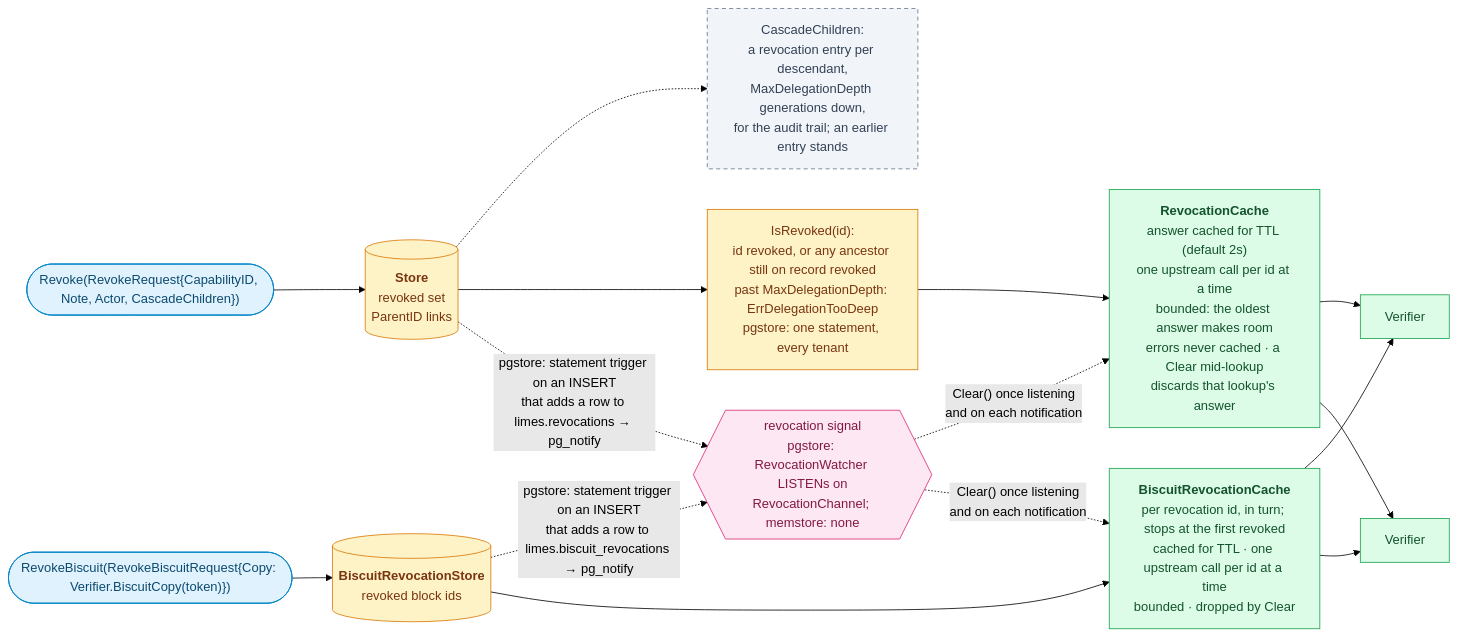
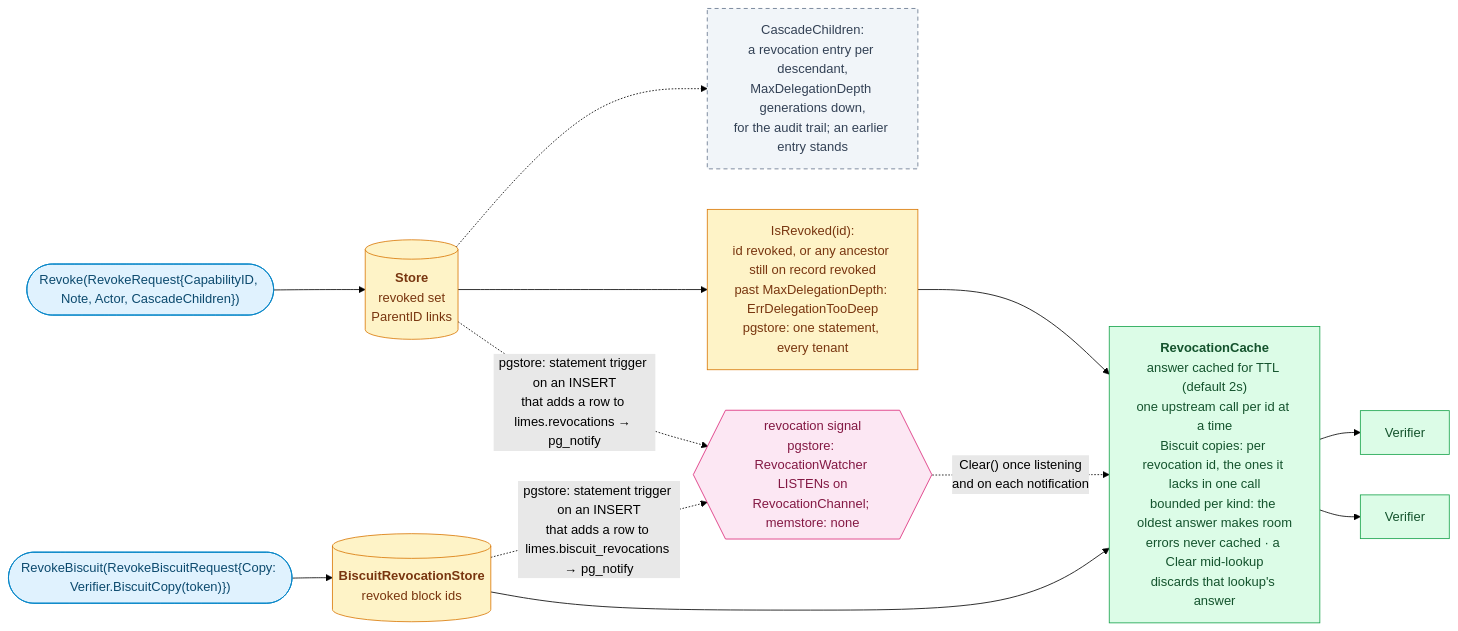
One commit to oleg-tkachuk/limes changed diagram 11 of 13 in docs/diagrams.md. Above: the diagram before and after it, drawn with Mermaid (forest theme). The commit also changed other lines of this file and 3 other files, not shown here.

Commit message:
docs: one revocation cache for capabilities and Biscuit copies

````diff
--- a/docs/diagrams.md
+++ b/docs/diagrams.md
@@ -867,38 +866,34 @@
 ```mermaid
 flowchart LR
     op(["Revoke(RevokeRequest{CapabilityID, Note, Actor, CascadeChildren})"])
     store[("<b>Store</b><br/>revoked set<br/>ParentID links")]
     cascade["CascadeChildren:<br/>a revocation entry per descendant,<br/>MaxDelegationDepth generations down,<br/>for the audit trail; an earlier entry stands"]
     chain["IsRevoked(id):<br/>id revoked, or any ancestor still on record revoked<br/>past MaxDelegationDepth: ErrDelegationTooDeep<br/>pgstore: one statement, every tenant"]
-    cache["<b>RevocationCache</b><br/>answer cached for TTL (default 2s)<br/>one upstream call per id at a time<br/>bounded: the oldest answer makes room<br/>errors never cached · a Clear mid-lookup<br/>discards that lookup's answer"]
+    cache["<b>RevocationCache</b><br/>answer cached for TTL (default 2s)<br/>one upstream call per id at a time<br/>Biscuit copies: per revocation id, the ones it lacks in one call<br/>bounded per kind: the oldest answer makes room<br/>errors never cached · a Clear mid-lookup<br/>discards that lookup's answer"]
     notify{{"revocation signal<br/>pgstore: RevocationWatcher LISTENs on<br/>RevocationChannel; memstore: none"}}
     bop(["RevokeBiscuit(RevokeBiscuitRequest{Copy: Verifier.BiscuitCopy(token)})"])
     blist[("<b>BiscuitRevocationStore</b><br/>revoked block ids")]
-    bcache["<b>BiscuitRevocationCache</b><br/>per revocation id, in turn; stops at the first revoked<br/>cached for TTL · one upstream call per id at a time<br/>bounded · dropped by Clear"]
     v1["Verifier"]
     v2["Verifier"]
 
     op --> store
     store -.-> cascade
     store --> chain --> cache
     cache --> v1
     cache --> v2
     store -. "pgstore: statement trigger on an INSERT<br/>that adds a row to limes.revocations → pg_notify" .-> notify
     blist -. "pgstore: statement trigger on an INSERT<br/>that adds a row to limes.biscuit_revocations → pg_notify" .-> notify
     notify -. "Clear() once listening<br/>and on each notification" .-> cache
-    bop --> blist --> bcache
-    bcache --> v1
-    bcache --> v2
-    notify -. "Clear() once listening<br/>and on each notification" .-> bcache
+    bop --> blist --> cache
 
     classDef client fill:#E0F2FE,stroke:#0284C7,color:#0C4A6E
     classDef role fill:#DCFCE7,stroke:#16A34A,color:#14532D
     classDef optional fill:#F1F5F9,stroke:#64748B,color:#334155,stroke-dasharray:5 4
     classDef store fill:#FEF3C7,stroke:#D97706,color:#78350F
     classDef external fill:#FCE7F3,stroke:#DB2777,color:#831843
     class op,bop client
-    class v1,v2,cache,bcache role
+    class v1,v2,cache role
     class cascade optional
     class store,chain,blist store
     class notify external
 ```
````
